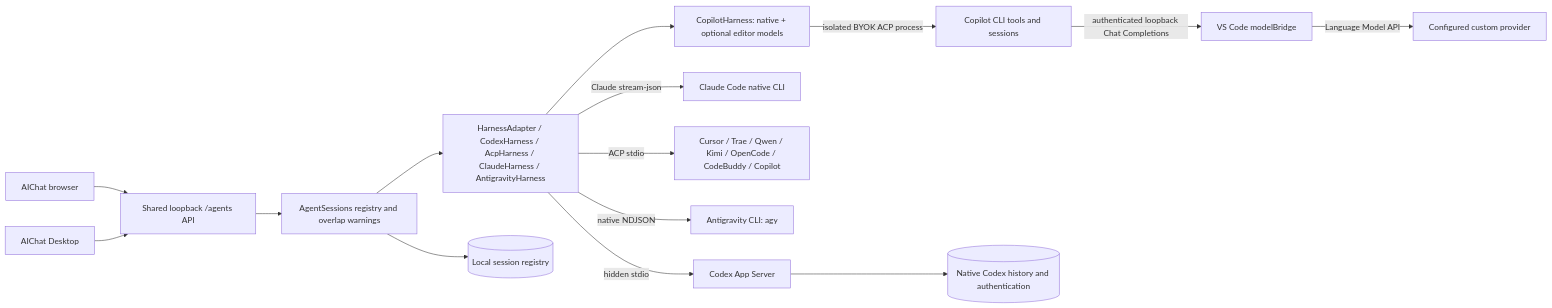
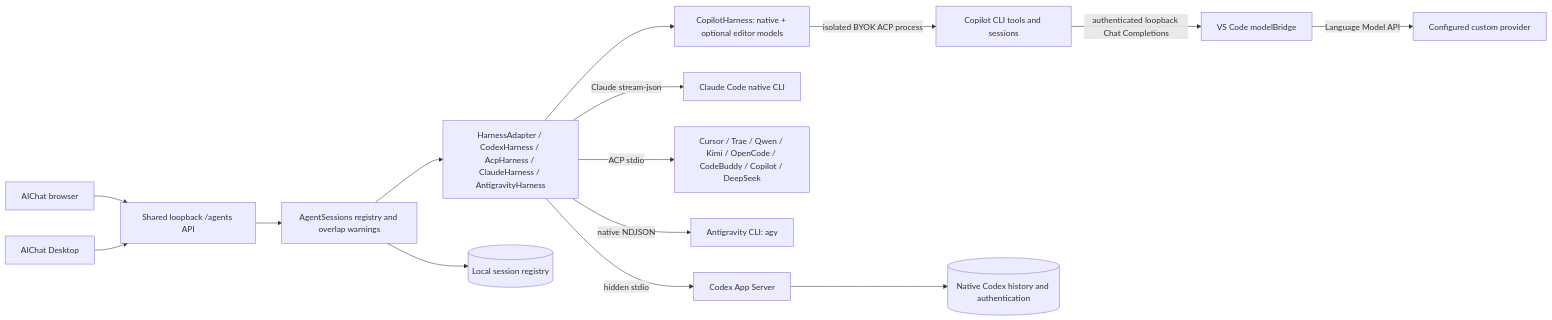
Before and after one commit to LiXizhi/keepworkExtension: the diagram in docs/agent-harnesses.md, drawn with Mermaid. The commit also changed other lines of this file and 10 other files, not shown here.

````diff
--- a/docs/agent-harnesses.md
+++ b/docs/agent-harnesses.md
@@ -10,17 +10,17 @@
 ```mermaid
 flowchart LR
     Browser[AIChat browser] --> HTTP[Shared loopback /agents API]
     Desktop[AIChat Desktop] --> HTTP
     HTTP --> Sessions[AgentSessions registry and overlap warnings]
     Sessions --> Adapter[HarnessAdapter / CodexHarness / AcpHarness / ClaudeHarness / AntigravityHarness]
     Adapter -->|hidden stdio| Codex[Codex App Server]
     Adapter -->|Claude stream-json| Claude[Claude Code native CLI]
-    Adapter -->|ACP stdio| CLIs[Cursor / Trae / Qwen / Kimi / OpenCode / CodeBuddy / Copilot]
+    Adapter -->|ACP stdio| CLIs[Cursor / Trae / Qwen / Kimi / OpenCode / CodeBuddy / Copilot / DeepSeek]
     Adapter -->|native NDJSON| Antigravity[Antigravity CLI: agy]
     Adapter --> CopilotRouter[CopilotHarness: native + optional editor models]
     CopilotRouter -->|isolated BYOK ACP process| EditorCLI[Copilot CLI tools and sessions]
     EditorCLI -->|authenticated loopback Chat Completions| EditorBridge[VS Code modelBridge]
     EditorBridge -->|Language Model API| EditorProvider[Configured custom provider]
     Sessions --> Registry[(Local session registry)]
     Codex --> History[(Native Codex history and authentication)]
 ```
````
